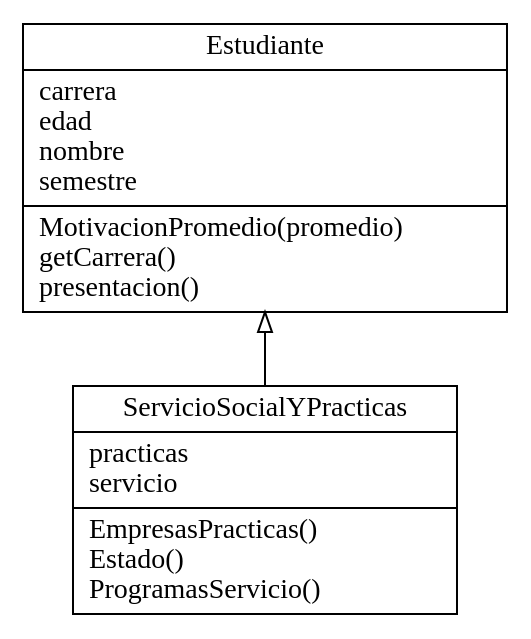
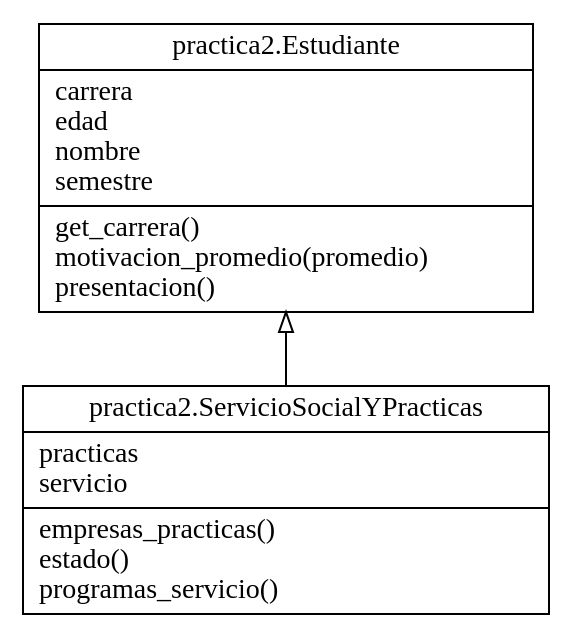
One commit to AnhellO/DAS_Sistemas changed the diagram in Ago-Dic-2020/salazar-coronado-juan-daniel/practica2/classes.dot. Above: the diagram before and after it, drawn with Graphviz. The commit also changed 2 other files, not shown here.

Commit message:
DAS_Sistemas Develop Push:Cambios en Practica 2

```diff
--- a/Ago-Dic-2020/salazar-coronado-juan-daniel/practica2/classes.dot
+++ b/Ago-Dic-2020/salazar-coronado-juan-daniel/practica2/classes.dot
@@ -1,7 +1,7 @@
 digraph "classes" {
 charset="utf-8"
 rankdir=BT
-"0" [label="{Estudiante|carrera\ledad\lnombre\lsemestre\l|MotivacionPromedio(promedio)\lgetCarrera()\lpresentacion()\l}", shape="record"];
-"1" [label="{ServicioSocialYPracticas|practicas\lservicio\l|EmpresasPracticas()\lEstado()\lProgramasServicio()\l}", shape="record"];
+"0" [label="{practica2.Estudiante|carrera\ledad\lnombre\lsemestre\l|get_carrera()\lmotivacion_promedio(promedio)\lpresentacion()\l}", shape="record"];
+"1" [label="{practica2.ServicioSocialYPracticas|practicas\lservicio\l|empresas_practicas()\lestado()\lprogramas_servicio()\l}", shape="record"];
 "1" -> "0" [arrowhead="empty", arrowtail="none"];
 }
```
